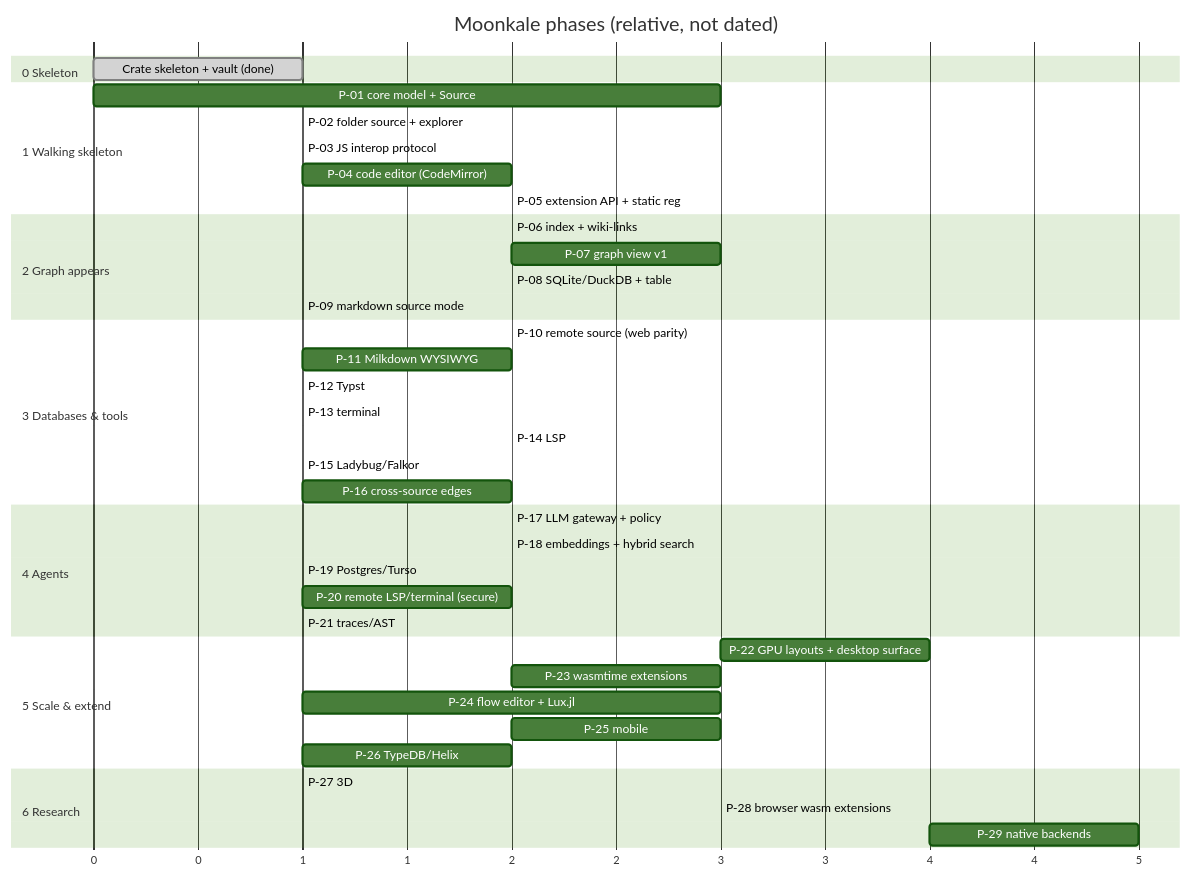
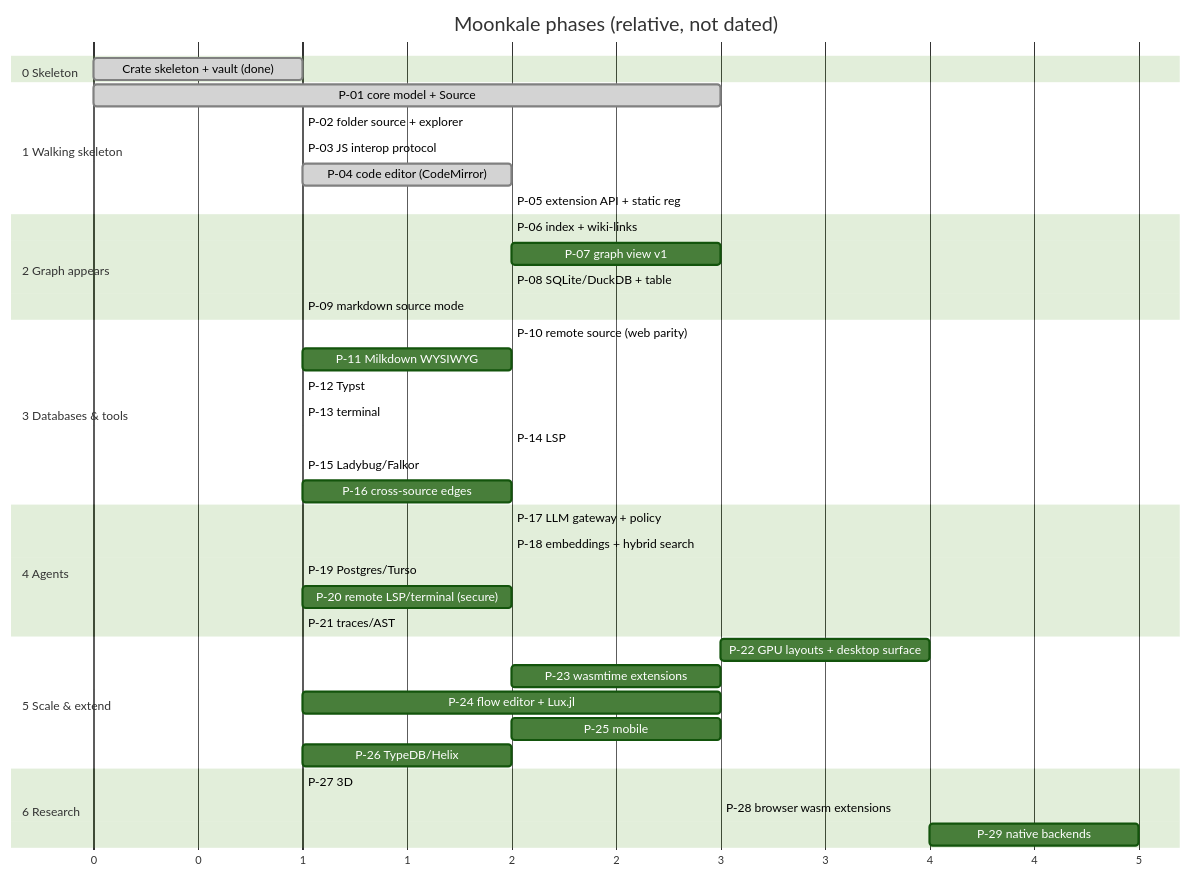
Before and after one commit to MathStruct/Moonkale: the diagram in markdown/problems/Roadmap.md, drawn with Mermaid (forest theme). The commit also changed other lines of this file and 114 other files, not shown here.

````diff
--- a/markdown/problems/Roadmap.md
+++ b/markdown/problems/Roadmap.md
@@ -7,43 +7,43 @@
 ```mermaid
 gantt
   title Moonkale phases (relative, not dated)
   dateFormat X
   axisFormat %s
   section 0 Skeleton
   Crate skeleton + vault (done)        :done, p0, 0, 1
   section 1 Walking skeleton
-  P-01 core model + Source            :p1a, 1, 3
-  P-02 folder source + explorer       :p1b, after p1a, 1
-  P-03 JS interop protocol            :p1c, after p1a, 1
-  P-04 code editor (CodeMirror)       :p1d, after p1c, 2
-  P-05 extension API + static reg     :p1e, after p1d, 2
+  P-01 core model + Source            :done, p1a, 1, 3
+  P-02 folder source + explorer       :done, p1b, after p1a, 1
+  P-03 JS interop protocol            :done, p1c, after p1a, 1
+  P-04 code editor (CodeMirror)       :done, p1d, after p1c, 2
+  P-05 extension API + static reg     :done, p1e, after p1d, 2
   section 2 Graph appears
   P-06 index + wiki-links             :p2a, after p1e, 2
   P-07 graph view v1                  :p2b, after p2a, 3
   P-08 SQLite/DuckDB + table          :p2c, after p1e, 2
   P-09 markdown source mode           :p2d, after p2a, 1
   section 3 Databases & tools
   P-10 remote source (web parity)     :p3a, after p2c, 2
   P-11 Milkdown WYSIWYG               :p3b, after p2d, 2
   P-12 Typst                          :p3c, after p2d, 1
   P-13 terminal                       :p3d, after p1e, 1
   P-14 LSP                            :p3e, after p1d, 2
   P-15 Ladybug/Falkor                 :p3f, after p2c, 1
   P-16 cross-source edges             :p3g, after p3f, 2
   section 4 Agents
   P-17 LLM gateway + policy           :p4a, after p3a, 2
   P-18 embeddings + hybrid search     :p4b, after p4a, 2
   P-19 Postgres/Turso                 :p4c, after p3a, 1
   P-20 remote LSP/terminal (secure)   :p4d, after p3d, 2
   P-21 traces/AST                     :p4e, after p2b, 1
   section 5 Scale & extend
   P-22 GPU layouts + desktop surface  :p5a, after p2b, 4
   P-23 wasmtime extensions            :p5b, after p4a, 3
   P-24 flow editor + Lux.jl           :p5c, after p3d, 3
   P-25 mobile                         :p5d, after p3a, 3
   P-26 TypeDB/Helix                   :p5e, after p3f, 2
   section 6 Research
   P-27 3D                             :p6a, after p5a, 1
   P-28 browser wasm extensions        :p6b, after p5b, 3
   P-29 native backends                :p6c, after p5a, 5
 ```
````
